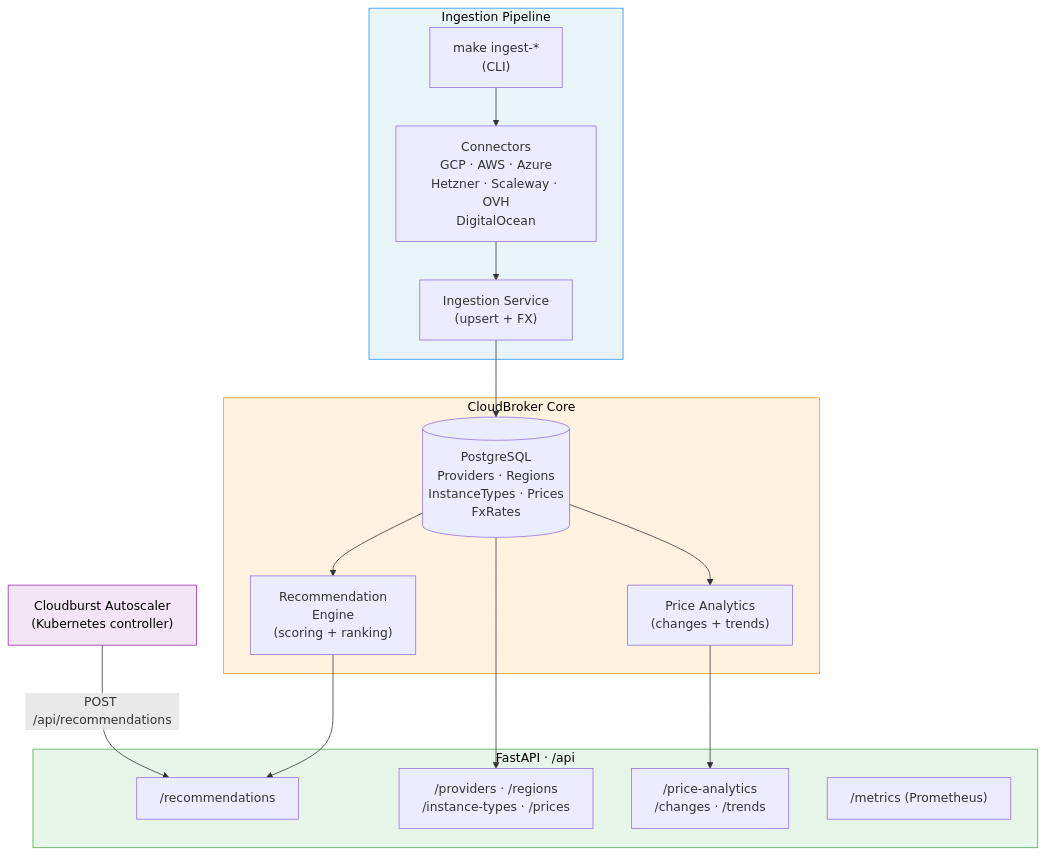
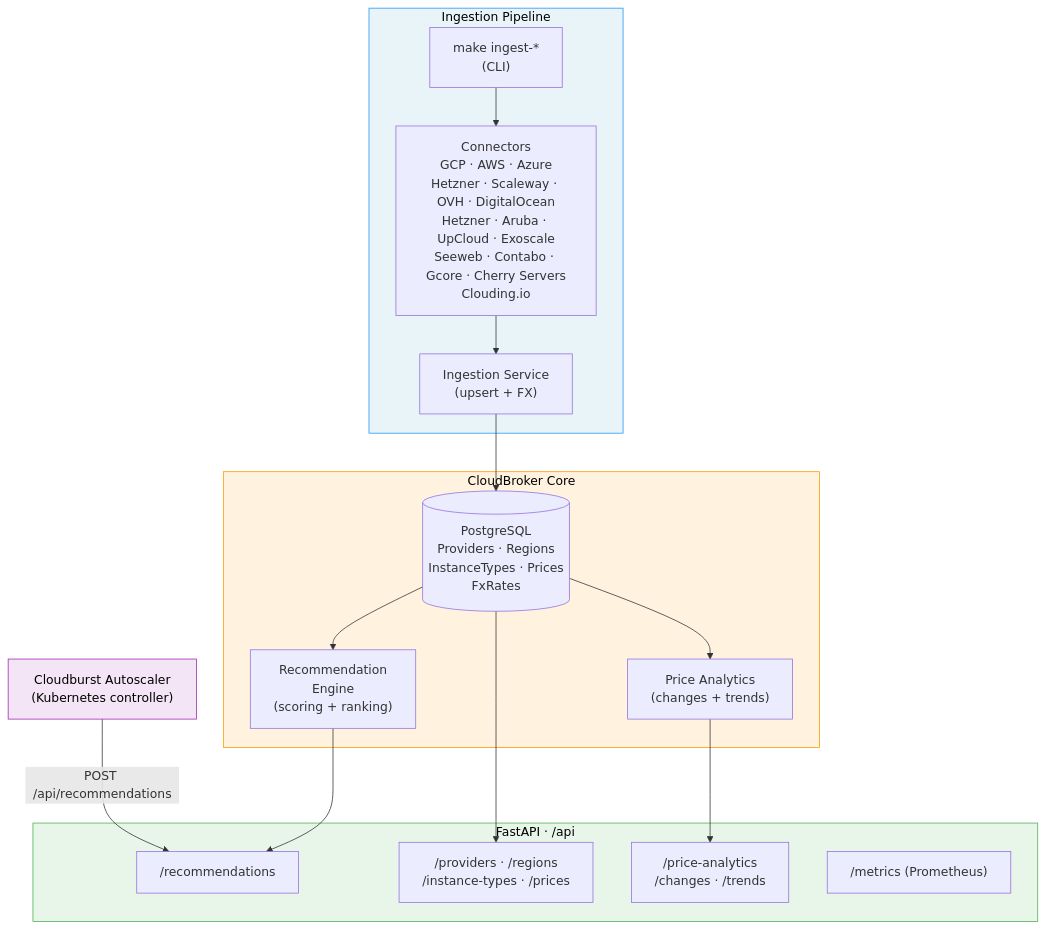
Before and after one commit to braghettos/cloudbroker: the diagram in README.md, drawn with Mermaid. The commit also changed other lines of this file and 81 other files, not shown here.

````diff
--- a/README.md
+++ b/README.md
@@ -13,36 +13,36 @@
 ```mermaid
 graph TB
     subgraph Ingestion ["Ingestion Pipeline"]
         CLI["make ingest-*<br/>(CLI)"]
-        CON["Connectors<br/>GCP · AWS · Azure<br/>Hetzner · Scaleway · OVH<br/>DigitalOcean"]
+        CON["Connectors<br/>GCP · AWS · Azure<br/>Hetzner · Scaleway · OVH · DigitalOcean<br/>Hetzner · Aruba · UpCloud · Exoscale<br/>Seeweb · Contabo · Gcore · Cherry Servers<br/>Clouding.io"]
         SVC["Ingestion Service<br/>(upsert + FX)"]
         CLI --> CON --> SVC
     end
 
     subgraph Core ["CloudBroker Core"]
         DB[("PostgreSQL<br/>Providers · Regions<br/>InstanceTypes · Prices<br/>FxRates")]
         REC["Recommendation<br/>Engine<br/>(scoring + ranking)"]
         ANA["Price Analytics<br/>(changes + trends)"]
     end
 
     subgraph API ["FastAPI  · /api"]
         R1["/recommendations"]
         R2["/providers · /regions<br/>/instance-types · /prices"]
         R3["/price-analytics<br/>/changes · /trends"]
         R4["/metrics (Prometheus)"]
     end
 
     SVC --> DB
     DB --> REC
     DB --> ANA
     REC --> R1
     DB --> R2
     ANA --> R3
 
     CB["Cloudburst Autoscaler<br/>(Kubernetes controller)"] -->|POST /api/recommendations| R1
 
     style Ingestion fill:#e8f4f8,stroke:#2196F3,color:#000
     style Core fill:#fff3e0,stroke:#FF9800,color:#000
     style API fill:#e8f5e9,stroke:#4CAF50,color:#000
     style CB fill:#f3e5f5,stroke:#9C27B0,color:#000
 ```
````
